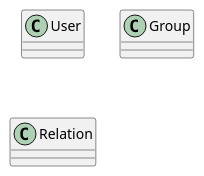
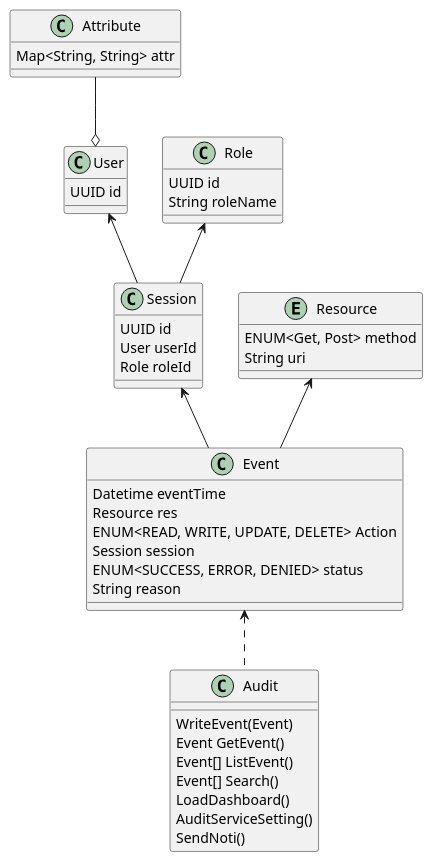
The fourth of 4 diagrams in docs/arch/audit.md (DataFabricTech/DataFabricPlatform), drawn with PlantUML before and after one commit. The commit also changed other lines of this file and 5 other files, not shown here.

````diff
--- a/docs/arch/audit.md
+++ b/docs/arch/audit.md
@@ -441,25 +234,58 @@
 ```plantuml
 @startuml
-' abstract        abstract
-' abstract class  "abstract class"
-' annotation      annotation
-' circle          circle
-' ()              circle_short_form
-' class           class
+entity       Resource
+class        Role
+class        Attribute
+class        User
+class        Session
+class        Event
+class        Audit 
 ' class           class_stereo  <<stereotype>>
 ' diamond         diamond
 ' <>              diamond_short_form
 ' entity          entity
 ' enum            enum
 ' exception       exception
 ' interface       interface
 ' metaclass       metaclass
 ' protocol        protocol
 ' stereotype      stereotype
 ' struct          struct
 
-class           User
-class           Group
-class           Relation
+Resource <-- Event
+User o-up- Attribute
+User <-- Session
+Session <-- Event
+Role <-- Session
+
+Resource : ENUM<Get, Post> method
+Resource : String uri
+
+Attribute : Map<String, String> attr
+
+Role : UUID id
+Role : String roleName
+
+User : UUID id
+
+Session : UUID id
+Session : User userId
+Session : Role roleId
+
+Event : Datetime eventTime
+Event : Resource res
+Event : ENUM<READ, WRITE, UPDATE, DELETE> Action
+Event : Session session
+Event : ENUM<SUCCESS, ERROR, DENIED> status
+Event : String reason
+
+Event <.. Audit
+Audit : WriteEvent(Event)
+Audit : Event GetEvent()
+Audit : Event[] ListEvent()
+Audit : Event[] Search()
+Audit : LoadDashboard()
+Audit : AuditServiceSetting()
+Audit : SendNoti()
 @enduml
 ```
````
